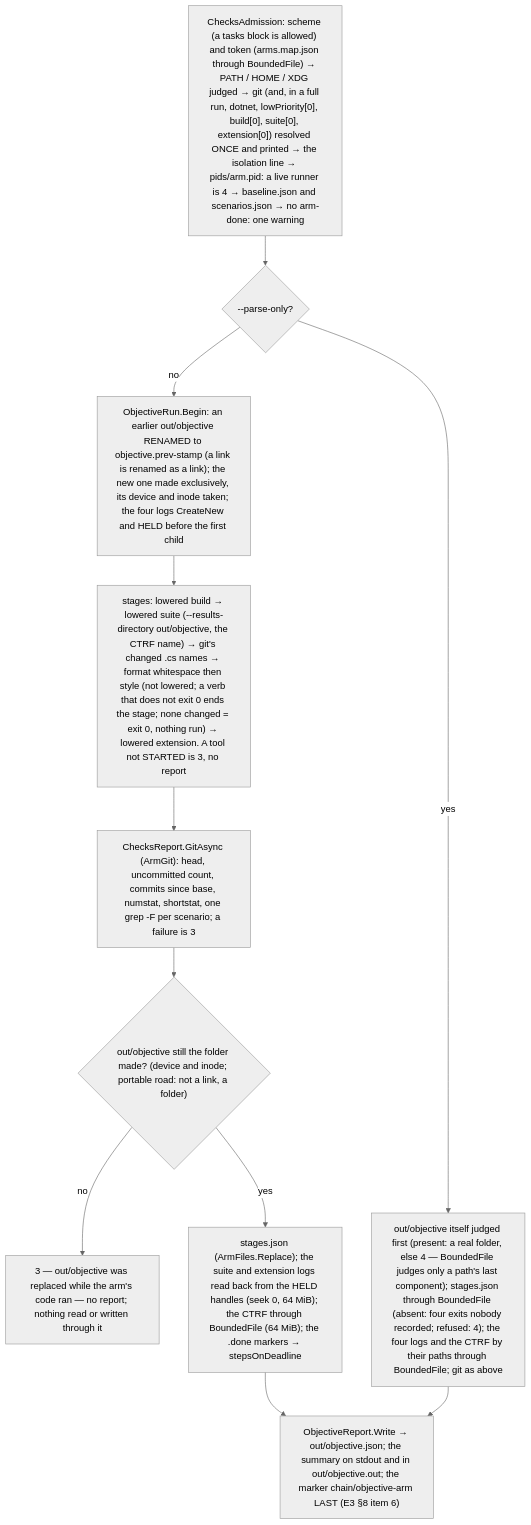
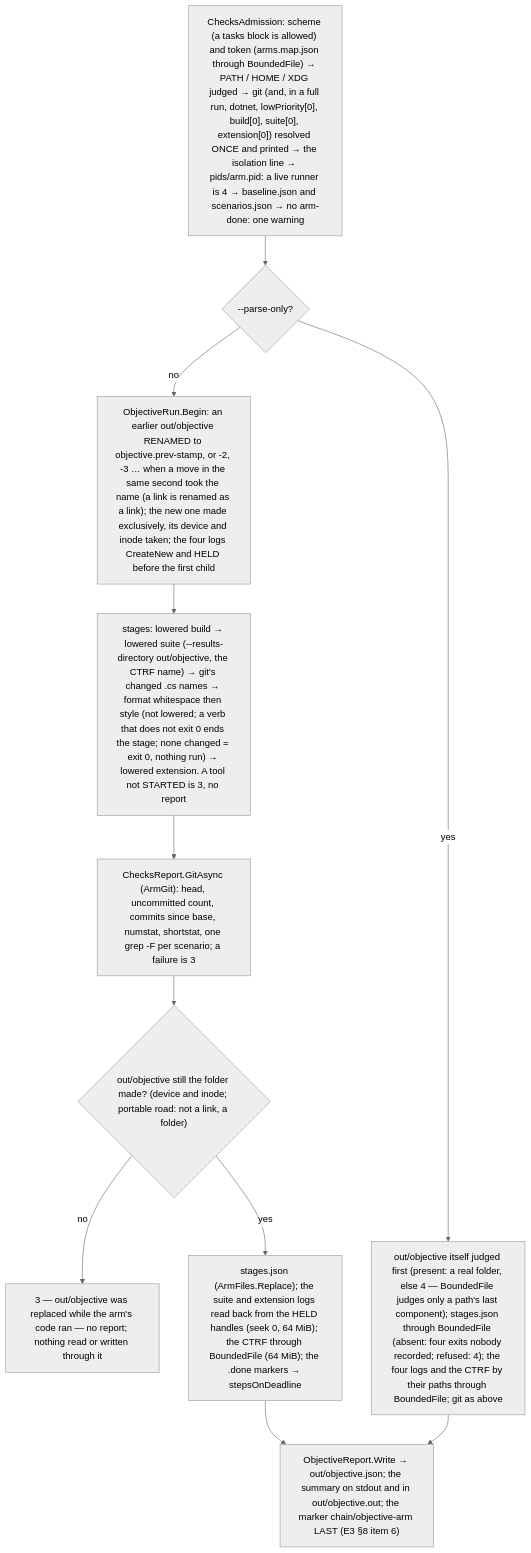
Before and after one commit to oleksandrdubyna88/dew_flow_benchmark: the eighth of 8 diagrams in research/module_model_arms.md, drawn with Mermaid (neutral theme). The commit also changed other lines of this file and 4 other files, not shown here.

Commit message:
fix(model-arms): E3 code gate — checks archives a second out/objective move in the same second into objective.prev-<stamp>-2, -3, … through the numbering prep-base uses

````diff
--- a/research/module_model_arms.md
+++ b/research/module_model_arms.md
@@ -1872,13 +1872,13 @@
 ```mermaid
 flowchart TD
     A["ChecksAdmission: scheme (a tasks block is allowed) and token (arms.map.json through BoundedFile) → PATH / HOME / XDG judged → git (and, in a full run, dotnet, lowPriority[0], build[0], suite[0], extension[0]) resolved ONCE and printed → the isolation line → pids/arm.pid: a live runner is 4 → baseline.json and scenarios.json → no arm-done: one warning"] --> M{"--parse-only?"}
-    M -- no --> B["ObjectiveRun.Begin: an earlier out/objective RENAMED to objective.prev-stamp (a link is renamed as a link); the new one made exclusively, its device and inode taken; the four logs CreateNew and HELD before the first child"]
+    M -- no --> B["ObjectiveRun.Begin: an earlier out/objective RENAMED to objective.prev-stamp, or -2, -3 … when a move in the same second took the name (a link is renamed as a link); the new one made exclusively, its device and inode taken; the four logs CreateNew and HELD before the first child"]
     B --> S["stages: lowered build → lowered suite (--results-directory out/objective, the CTRF name) → git's changed .cs names → format whitespace then style (not lowered; a verb that does not exit 0 ends the stage; none changed = exit 0, nothing run) → lowered extension. A tool not STARTED is 3, no report"]
     S --> G["ChecksReport.GitAsync (ArmGit): head, uncommitted count, commits since base, numstat, shortstat, one grep -F per scenario; a failure is 3"]
     G --> I{"out/objective still the folder made? (device and inode; portable road: not a link, a folder)"}
     I -- no --> X["3 — out/objective was replaced while the arm's code ran — no report; nothing read or written through it"]
     I -- yes --> W["stages.json (ArmFiles.Replace); the suite and extension logs read back from the HELD handles (seek 0, 64 MiB); the CTRF through BoundedFile (64 MiB); the .done markers → stepsOnDeadline"]
     M -- yes --> R["out/objective itself judged first (present: a real folder, else 4 — BoundedFile judges only a path's last component); stages.json through BoundedFile (absent: four exits nobody recorded; refused: 4); the four logs and the CTRF by their paths through BoundedFile; git as above"]
     W --> P["ObjectiveReport.Write → out/objective.json; the summary on stdout and in out/objective.out; the marker chain/objective-arm LAST (E3 §8 item 6)"]
     R --> P
 ```
````
